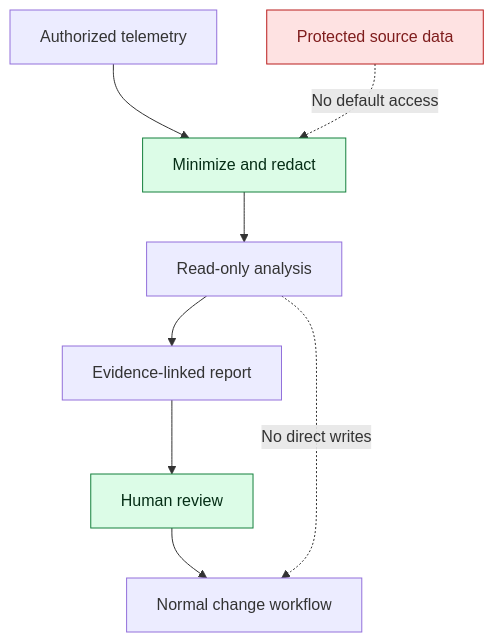
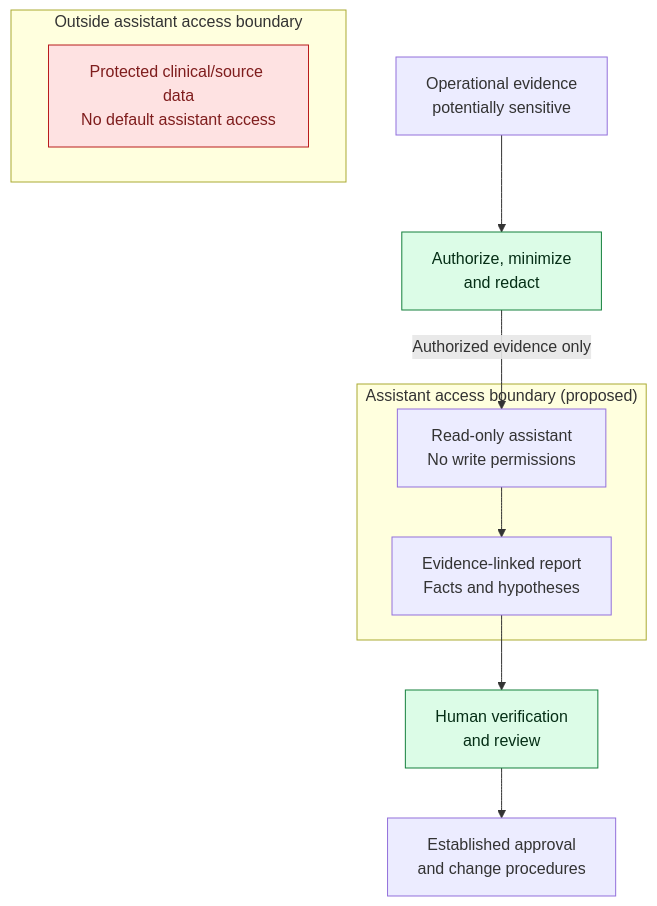
The second of 2 diagrams in README.md (CAUCOLabs/intelligent-data-pipeline-engineering), drawn with Mermaid before and after one commit. The commit also changed other lines of this file, not shown here.

Commit message:
docs: verify platform capabilities and refine architecture

````diff
--- a/README.md
+++ b/README.md
@@ -121,14 +124,19 @@
 ```mermaid
 flowchart TB
-  E["Authorized telemetry"] --> F["Minimize and redact"]
-  F --> R["Read-only analysis"]
-  R --> C["Evidence-linked report"]
-  C --> H["Human review"]
-  H --> W["Normal change workflow"]
-  B["Protected source data"] -. "No default access" .-> F
-  R -. "No direct writes" .-> W
+  subgraph X["Outside assistant access boundary"]
+    B["Protected clinical/source data<br/>No default assistant access"]
+  end
+  E["Operational evidence<br/>potentially sensitive"] --> F["Authorize, minimize<br/>and redact"]
+  subgraph A["Assistant access boundary (proposed)"]
+    R["Read-only assistant<br/>No write permissions"]
+    C["Evidence-linked report<br/>Facts and hypotheses"]
+    R --> C
+  end
+  F -->|"Authorized evidence only"| R
+  C --> H["Human verification<br/>and review"]
+  H --> W["Established approval<br/>and change procedures"]
   classDef safe fill:#dcfce7,stroke:#15803d,color:#052e16;
   classDef restricted fill:#fee2e2,stroke:#b91c1c,color:#7f1d1d;
   class F,H safe;
   class B restricted;
 ```
````
